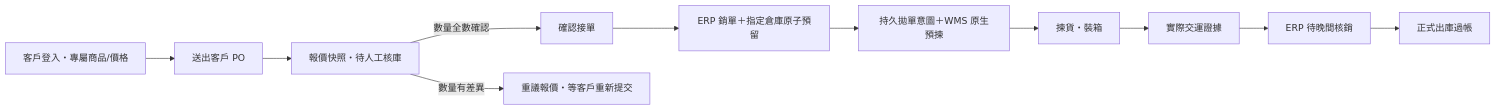
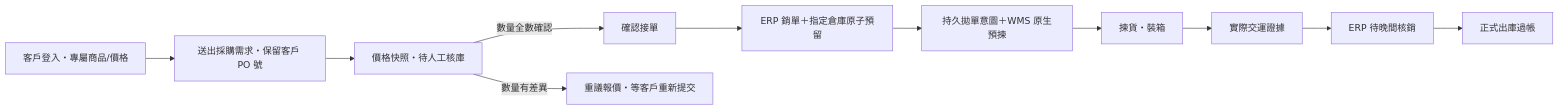
Before and after one commit to moztechCEE/ecom-accounting-system-: the diagram in docs/ERP_B2B_INVENTORY_IMPLEMENTATION_2026-09-23.md, drawn with Mermaid. The commit also changed other lines of this file, not shown here.

````diff
--- a/docs/ERP_B2B_INVENTORY_IMPLEMENTATION_2026-09-23.md
+++ b/docs/ERP_B2B_INVENTORY_IMPLEMENTATION_2026-09-23.md
@@ -7,13 +7,13 @@
 ```mermaid
 flowchart LR
-  A[客戶登入・專屬商品/價格] --> B[送出客戶 PO]
-  B --> C[報價快照・待人工核庫]
+  A[客戶登入・專屬商品/價格] --> B[送出採購需求・保留客戶 PO 號]
+  B --> C[價格快照・待人工核庫]
   C -->|數量全數確認| D[確認接單]
   C -->|數量有差異| R[重議報價・等客戶重新提交]
   D --> E[ERP 銷單＋指定倉庫原子預留]
   E --> F[持久拋單意圖＋WMS 原生預揀]
   F --> G[揀貨・裝箱]
   G --> H[實際交運證據]
   H --> I[ERP 待晚間核銷]
   I --> J[正式出庫過帳]
 ```
````
